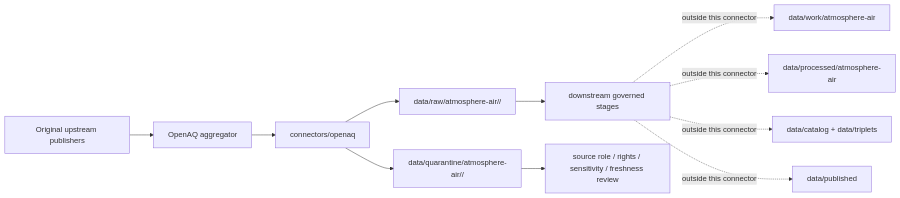
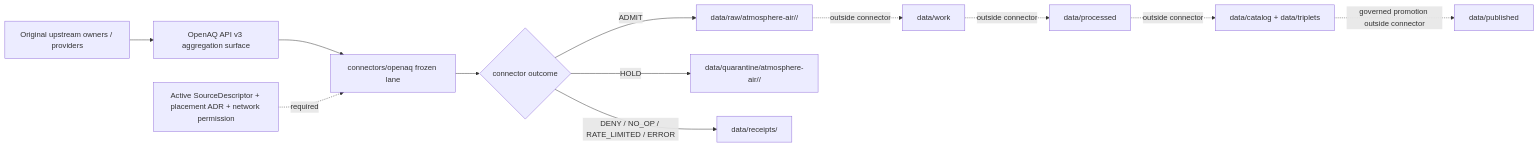
The diagram in connectors/openaq/README.md (bartytime4life/Kansas-Frontier-Matrix), drawn with Mermaid before and after one commit. The commit also changed other lines of this file, not shown here.

Commit message:
docs(connectors): govern OpenAQ API admission boundary

````diff
--- a/connectors/openaq/README.md
+++ b/connectors/openaq/README.md
@@ -133,13 +393,14 @@
 ```mermaid
 flowchart LR
-  UP[Original upstream publishers] --> AGG[OpenAQ aggregator]
-  AGG --> CONN[connectors/openaq]
-  CONN --> RAW[data/raw/atmosphere-air/<source_id>/<run_id>]
-  CONN --> QUAR[data/quarantine/atmosphere-air/<source_id>/<run_id>]
-  RAW --> NEXT[downstream governed stages]
-  QUAR --> REVIEW[source role / rights / sensitivity / freshness review]
-  NEXT -. outside this connector .-> WORK[data/work/atmosphere-air]
-  NEXT -. outside this connector .-> PROC[data/processed/atmosphere-air]
-  NEXT -. outside this connector .-> CAT[data/catalog + data/triplets]
-  NEXT -. outside this connector .-> PUB[data/published]
+    UP[Original upstream owners / providers] --> OAQ[OpenAQ API v3 aggregation surface]
+    OAQ --> CONN[connectors/openaq frozen lane]
+    DESC[Active SourceDescriptor + placement ADR + network permission] -. required .-> CONN
+    CONN --> DECIDE{connector outcome}
+    DECIDE -->|ADMIT| RAW[data/raw/atmosphere-air/<source_id>/<run_id>]
+    DECIDE -->|HOLD| QUAR[data/quarantine/atmosphere-air/<reason>/<run_id>]
+    DECIDE -->|DENY / NO_OP / RATE_LIMITED / ERROR| REC[data/receipts/<run_id>]
+    RAW -. outside connector .-> WORK[data/work]
+    WORK -. outside connector .-> PROC[data/processed]
+    PROC -. outside connector .-> CAT[data/catalog + data/triplets]
+    CAT -. governed promotion outside connector .-> PUB[data/published]
 ```
````
